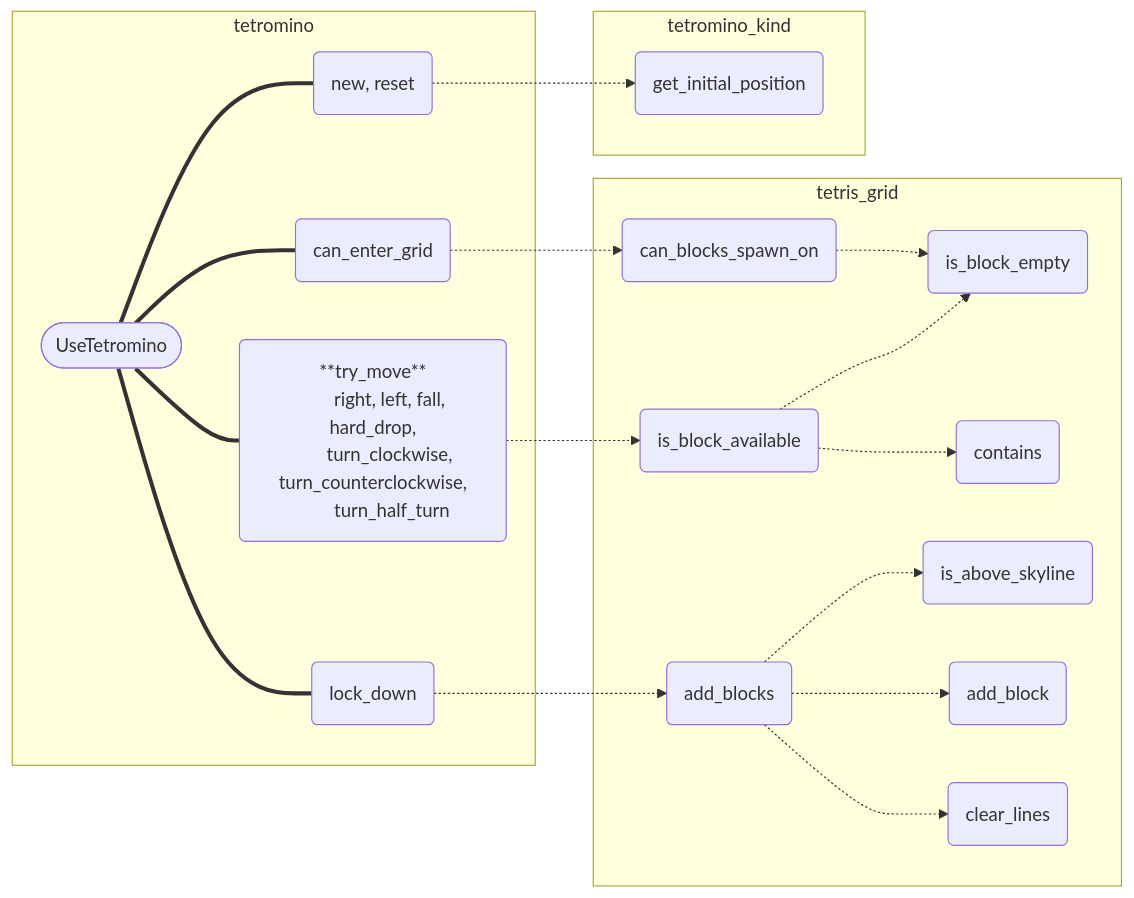
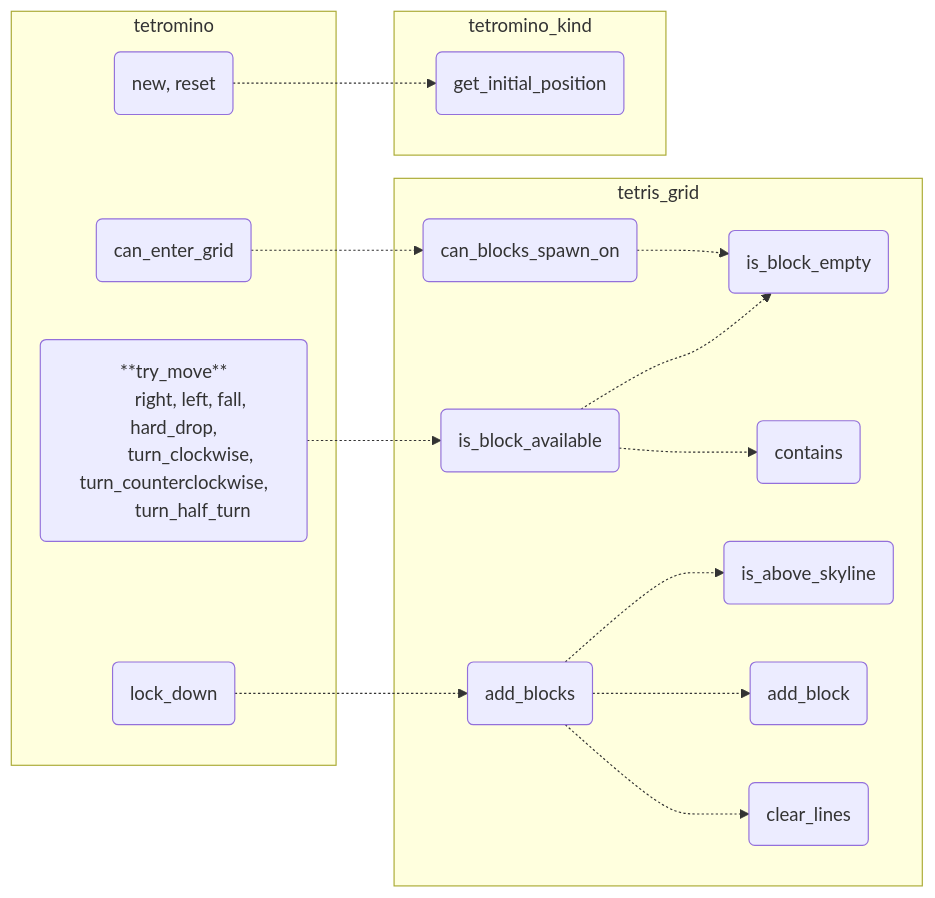
Before and after one commit to inesvar/tetris: the diagram in src/app/player/core/use_tetromino_flowgraph.mmd, drawn with Mermaid. The commit also changed 11 other files, not shown here.

```diff
--- a/src/app/player/core/use_tetromino_flowgraph.mmd
+++ b/src/app/player/core/use_tetromino_flowgraph.mmd
@@ -1,43 +1,42 @@
 graph LR
     %% objects
     is_block_empty(is_block_empty)
     contains(contains)
     is_above_skyline(is_above_skyline)
     add_block(add_block)
     clear_lines(clear_lines)
     is_block_available(is_block_available)
     can_blocks_spawn_on(can_blocks_spawn_on)
     add_blocks(add_blocks)
     try_move(**try_move**
         right, left, fall, hard_drop,
         turn_clockwise, turn_counterclockwise,
         turn_half_turn)
     can_enter_grid(can_enter_grid)
     lock_down(lock_down)
-    UseTetromino([UseTetromino])
     new(new, reset)
     get_initial_position(get_initial_position)
 
     %% modules
     tetris_grid[tetris_grid]
     tetromino[tetromino]
     tetromino_kind[tetromino_kind]
 
     subgraph tetris_grid
         can_blocks_spawn_on -.-> is_block_empty
         is_block_available -.-> contains & is_block_empty
         add_blocks -.-> add_block & clear_lines & is_above_skyline
     end
 
     subgraph tetromino_kind
         get_initial_position
     end
 
     subgraph tetromino
-        UseTetromino === new & can_enter_grid & try_move & lock_down
+        new & can_enter_grid & try_move & lock_down
     end
 
     new -.-> get_initial_position
     can_enter_grid -.-> can_blocks_spawn_on
     try_move -.-> is_block_available
     lock_down -.-> add_blocks
```
